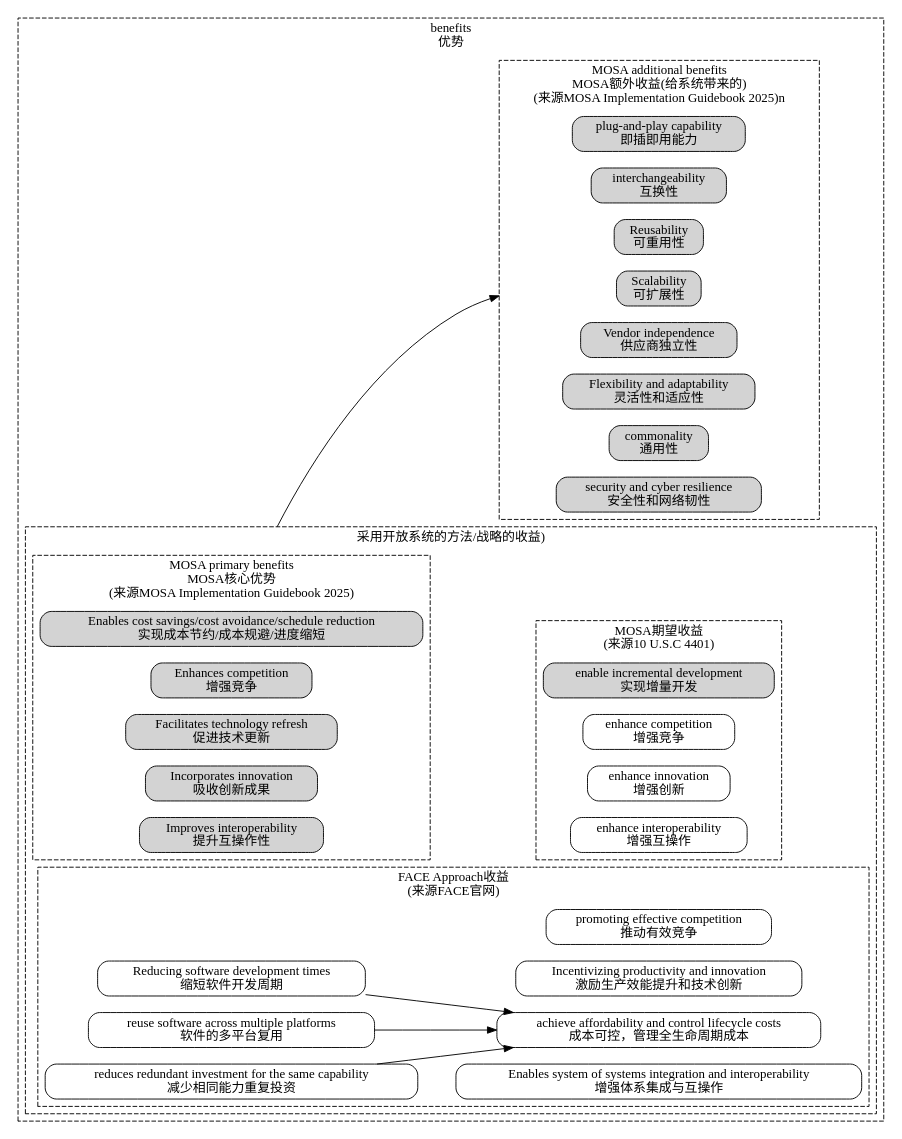
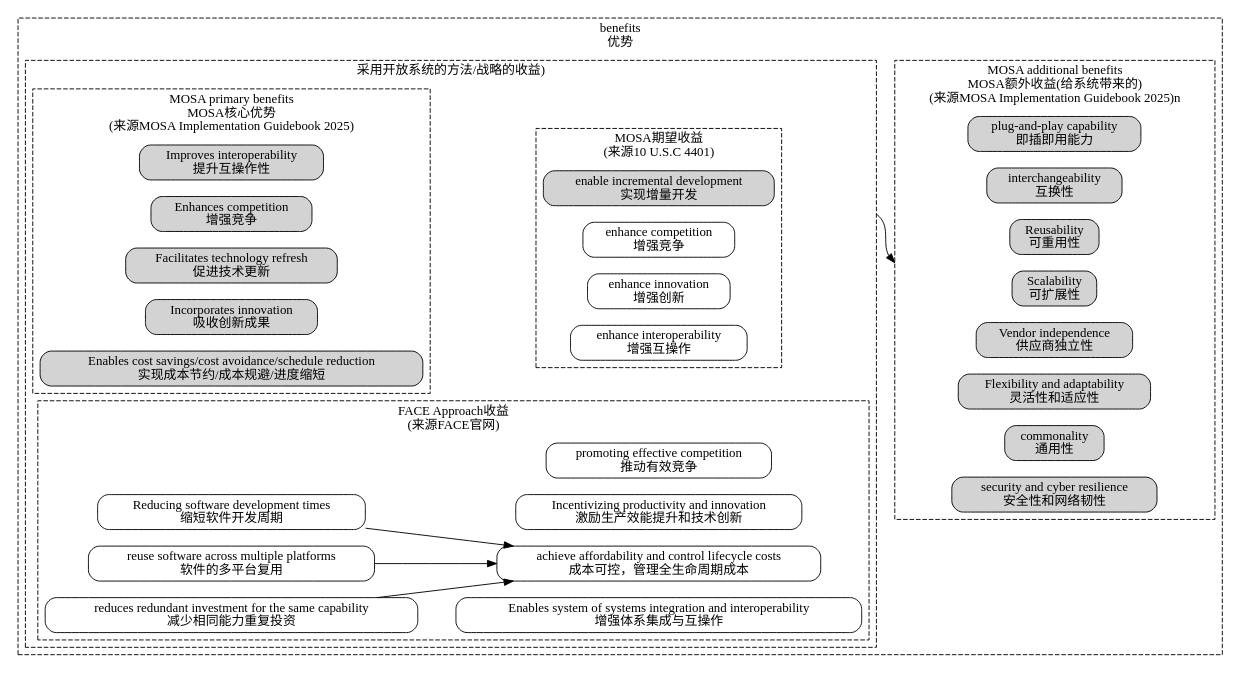
The diagram in parts/soa_feature_benifits.dot (chaozhang2000/soa), drawn with Graphviz before and after one commit. The commit also changed 2 other files, not shown here.

```diff
--- a/parts/soa_feature_benifits.dot
+++ b/parts/soa_feature_benifits.dot
@@ -1,60 +1,60 @@
 digraph G {
   graph [rankdir=LR,compound=true];
   node [shape=box, style="rounded,filled"];
 subgraph cluster_MOSA_benefits{
 	label="benefits\n优势"
 	style = dashed;
 subgraph cluster_MOSA_benefits1{
 	label="采用开放系统的方法/战略的收益)"
 	style = dashed;
 	
 	subgraph cluster_MOSA_primary_benefits{
 	label="MOSA primary benefits\nMOSA核心优势\n(来源MOSA Implementation Guidebook 2025)"
 	style = dashed;
 	MOSA_Benefit1[label="Improves interoperability\n提升互操作性"]
 	MOSA_Benefit2[label="Enhances competition\n增强竞争"]
 	MOSA_Benefit3[label="Facilitates technology refresh\n促进技术更新"]
 	MOSA_Benefit4[label="Incorporates innovation\n吸收创新成果"]
 	MOSA_Benefit5[label="Enables cost savings/cost avoidance/schedule reduction\n实现成本节约/成本规避/进度缩短"]
 	}
 subgraph cluster_MOSA_benefits2{
 	label="MOSA期望收益\n(来源10 U.S.C 4401)"
 	style = dashed;
 	MOSA_Benefit14[label="enable incremental development\n实现增量开发"]
 	MOSA_Benefit15[label="enhance competition\n增强竞争",color=black,fillcolor=white]
 	MOSA_Benefit16[label="enhance innovation\n增强创新",color=black,fillcolor=white]
 	MOSA_Benefit17[label="enhance interoperability\n增强互操作",color=black,fillcolor=white]
 }
 subgraph cluster_FACE_benefits2{
 	label="FACE Approach收益\n(来源FACE官网)"
 	style = dashed;
 	FACE_Benefit0[label="promoting effective competition\n推动有效竞争",color=black,fillcolor=white]
 	FACE_Benefit1[label="achieve affordability and control lifecycle costs\n成本可控，管理全生命周期成本",color=black,fillcolor=white]
 	FACE_Benefit2[label="Incentivizing productivity and innovation\n激励生产效能提升和技术创新",color=black,fillcolor=white]
 	FACE_Benefit3[label="Reducing software development times\n缩短软件开发周期",color=black,fillcolor=white]
 	FACE_Benefit4[label="reuse software across multiple platforms\n软件的多平台复用",color=black,fillcolor=white]
 	FACE_Benefit5[label="reduces redundant investment for the same capability\n减少相同能力重复投资",color=black,fillcolor=white]
 	FACE_Benefit6[label="Enables system of systems integration and interoperability\n增强体系集成与互操作",color=black,fillcolor=white]
 	{rank=same;FACE_Benefit1;FACE_Benefit2;FACE_Benefit6;FACE_Benefit0}
 	FACE_Benefit3->FACE_Benefit1
 	FACE_Benefit4->FACE_Benefit1
 	FACE_Benefit5->FACE_Benefit1
 }
 }
 	subgraph cluster_MOSA_additional_benefits{
 	label="MOSA additional benefits\nMOSA额外收益(给系统带来的)\n(来源MOSA Implementation Guidebook 2025)n"
 	style = dashed;
 	MOSA_Benefit6[label="plug-and-play capability\n即插即用能力"]
 	MOSA_Benefit7[label="interchangeability\n互换性"]
 	MOSA_Benefit8[label="Reusability\n可重用性"]
 	MOSA_Benefit9[label="Scalability\n可扩展性"]
 	MOSA_Benefit10[label="Vendor independence\n供应商独立性"]
 	MOSA_Benefit11[label="Flexibility and adaptability\n灵活性和适应性"]
 	MOSA_Benefit12[label="commonality\n通用性"]
 	MOSA_Benefit13[label="security and cyber resilience\n安全性和网络韧性"]
 	
 	}
 }
-MOSA_Benefit5->MOSA_Benefit9[lhead = "cluster_MOSA_additional_benefits",ltail = "cluster_MOSA_benefits1"]
+MOSA_Benefit14->MOSA_Benefit9[lhead = "cluster_MOSA_additional_benefits",ltail = "cluster_MOSA_benefits1"]
 MOSA_Benefit1->MOSA_Benefit14[style=invis]
 }
```
